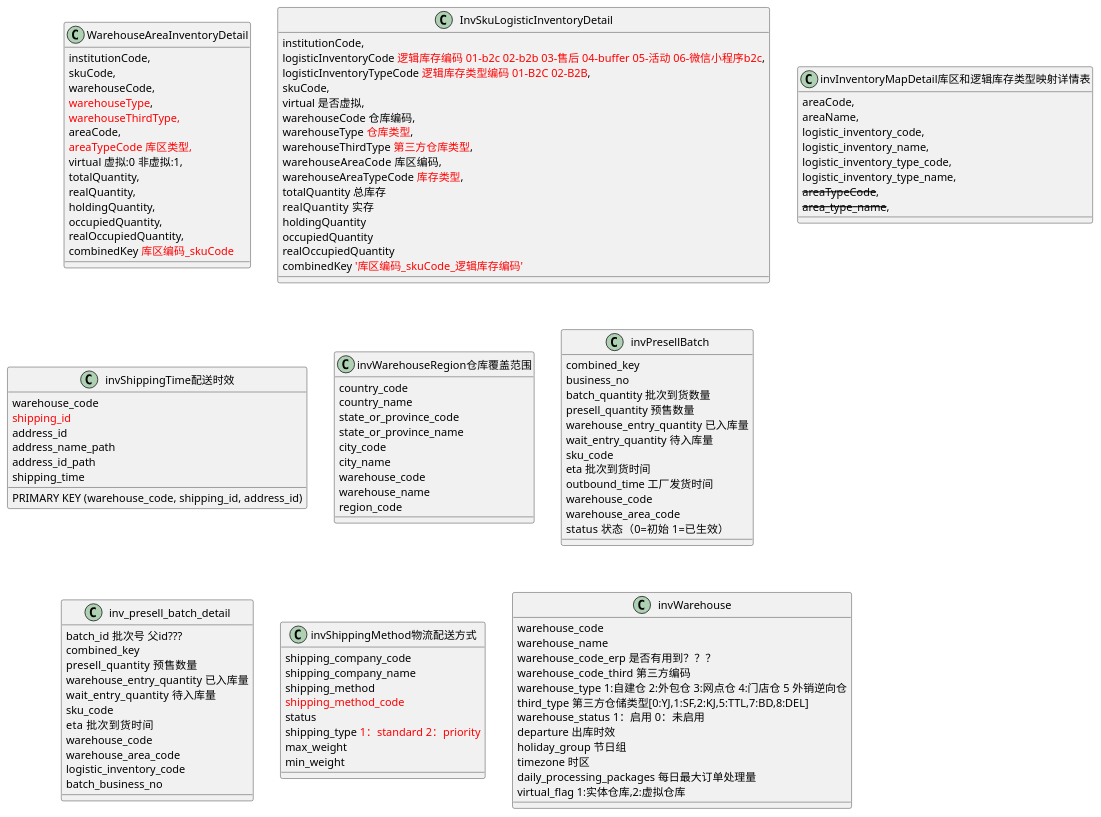
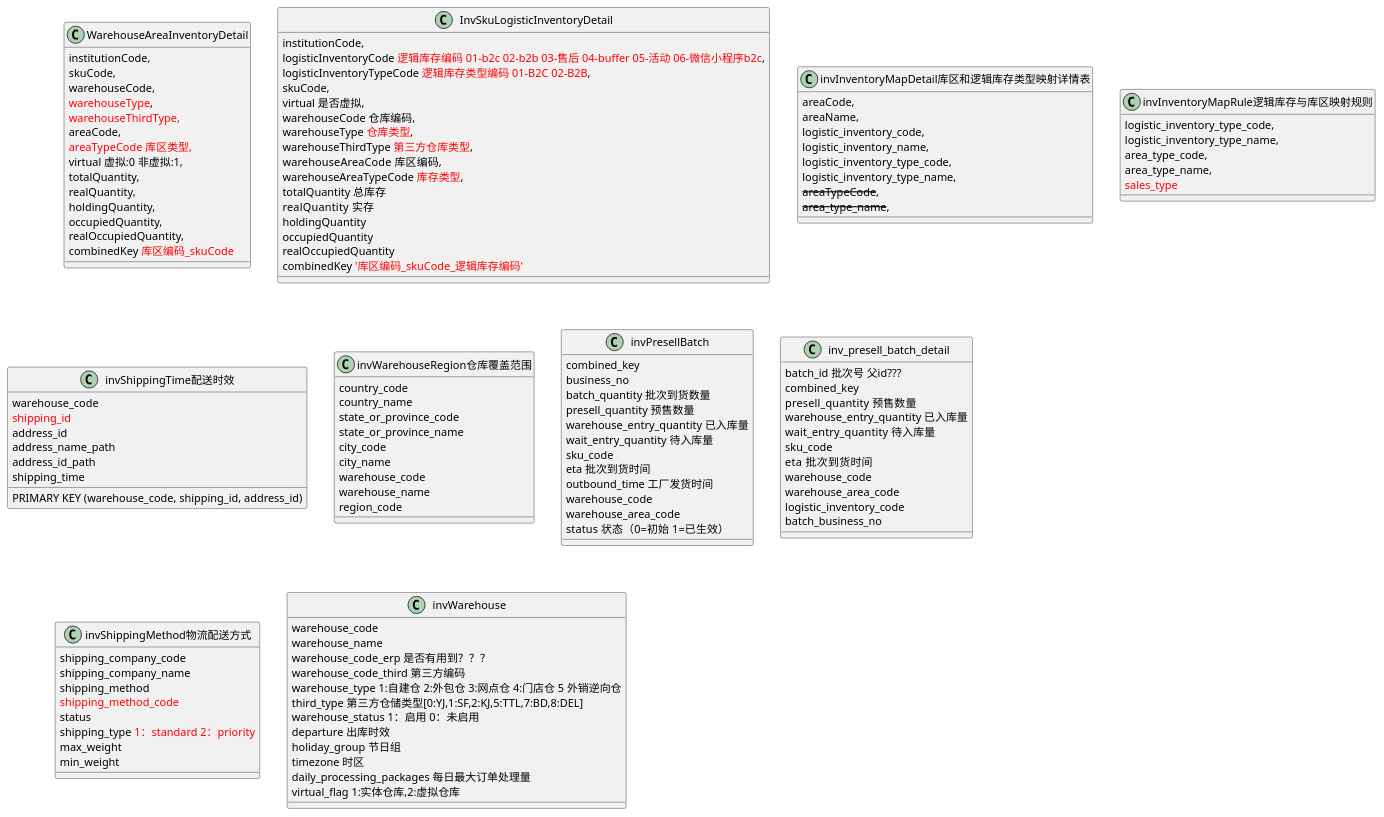
The diagram in uml/inventory/InventoryDetail.puml (newbigTech/myDesignPattern), drawn with PlantUML before and after one commit. The commit also changed 1 other file, not shown here.

Commit message:
uml commit

```diff
--- a/uml/inventory/InventoryDetail.puml
+++ b/uml/inventory/InventoryDetail.puml
@@ -1,128 +1,136 @@
 @startuml
 class WarehouseAreaInventoryDetail {
     institutionCode,
     skuCode,
     warehouseCode,
     <font color=red>warehouseType</font>,
     <font color=red>warehouseThirdType<font color=red>,
     areaCode,
     <font color=red>areaTypeCode 库区类型,
     virtual 虚拟:0 非虚拟:1,
     totalQuantity,
     realQuantity,
     holdingQuantity,
     occupiedQuantity,
     realOccupiedQuantity,
     combinedKey <font color=red>库区编码_skuCode<font color=red>
 }
 
 class InvSkuLogisticInventoryDetail {
     institutionCode,
     logisticInventoryCode <font color=red>逻辑库存编码 01-b2c 02-b2b 03-售后 04-buffer 05-活动 06-微信小程序b2c</font>,
     logisticInventoryTypeCode <font color=red>逻辑库存类型编码 01-B2C 02-B2B</font>,
     skuCode,
     virtual 是否虚拟,
     warehouseCode 仓库编码,
     warehouseType <font color=red>仓库类型</font>,
     warehouseThirdType <font color=red>第三方仓库类型</font>,
     warehouseAreaCode  库区编码,
     warehouseAreaTypeCode <font color=red>库存类型</font>,
     totalQuantity 总库存
     realQuantity  实存
     holdingQuantity
     occupiedQuantity
     realOccupiedQuantity
     combinedKey <font color=red>'库区编码_skuCode_逻辑库存编码'</font>
 }
 
 class invInventoryMapDetail库区和逻辑库存类型映射详情表{
     areaCode,
     areaName,
     logistic_inventory_code,
     logistic_inventory_name,
     logistic_inventory_type_code,
     logistic_inventory_type_name,
     --areaTypeCode--,
     --area_type_name--,
+}
+
+class invInventoryMapRule逻辑库存与库区映射规则 {
+logistic_inventory_type_code,
+logistic_inventory_type_name,
+area_type_code,
+area_type_name,
+<font color=red>sales_type</font>
 }
 
 class invShippingTime配送时效{
     warehouse_code
     <font color=red>shipping_id</font>
     address_id
     address_name_path
     address_id_path
     shipping_time
     PRIMARY KEY (warehouse_code, shipping_id, address_id)
 }
 
 class invWarehouseRegion仓库覆盖范围{
     country_code
     country_name
     state_or_province_code
     state_or_province_name
     city_code
     city_name
     warehouse_code
     warehouse_name
     region_code
 }
 
 class invPresellBatch{
     combined_key
     business_no
     batch_quantity 批次到货数量
     presell_quantity 预售数量
     warehouse_entry_quantity 已入库量
     wait_entry_quantity 待入库量
     sku_code
     eta 批次到货时间
     outbound_time 工厂发货时间
     warehouse_code
     warehouse_area_code
     status 状态（0=初始  1=已生效）
 }
 
 class inv_presell_batch_detail{
     batch_id 批次号 父id???
     combined_key
     presell_quantity  预售数量
     warehouse_entry_quantity 已入库量
     wait_entry_quantity  待入库量
     sku_code
     eta  批次到货时间
     warehouse_code
     warehouse_area_code
     logistic_inventory_code
     batch_business_no
 }
 
 class invShippingMethod物流配送方式 {
     shipping_company_code
     shipping_company_name
     shipping_method
     <font color=red>shipping_method_code</font>
     status
     shipping_type <font color=red>1：standard 2：priority</font>
     max_weight
     min_weight
 }
 
 class invWarehouse {
     warehouse_code
     warehouse_name
     warehouse_code_erp 是否有用到？？？
     warehouse_code_third 第三方编码
     warehouse_type 1:自建仓 2:外包仓 3:网点仓 4:门店仓 5 外销逆向仓
     third_type 第三方仓储类型[0:YJ,1:SF,2:KJ,5:TTL,7:BD,8:DEL]
     warehouse_status 1：启用 0：未启用
     departure 出库时效
     holiday_group 节日组
     timezone 时区
     daily_processing_packages 每日最大订单处理量
     virtual_flag 1:实体仓库,2:虚拟仓库
 }
 
 
 
 @enduml
```
